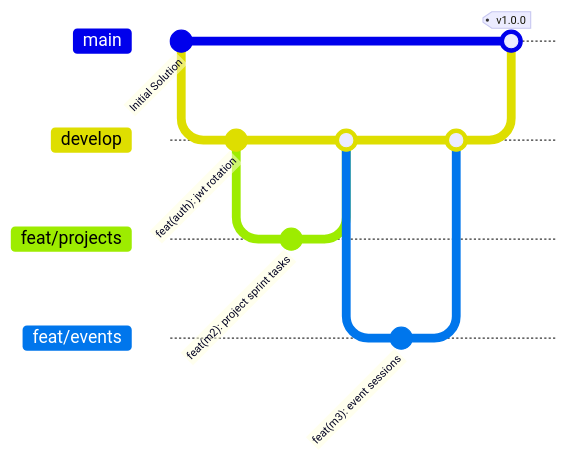
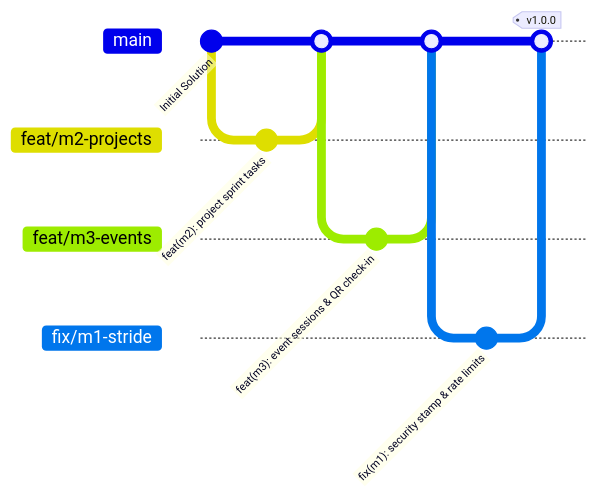
Before and after one commit to AhmedTyson/TeamUp: the diagram in wiki/Development Guidelines.md, drawn with Mermaid. The commit also changed other lines of this file and 34 other files, not shown here.

Commit message:
docs: refine README, wiki, ERD/mapping specs, API guides, and add LICENSE

````diff
--- a/wiki/Development Guidelines.md
+++ b/wiki/Development Guidelines.md
@@ -140,16 +146,16 @@
 ```mermaid
 gitGraph
     commit id: "Initial Solution"
-    branch develop
-    commit id: "feat(auth): jwt rotation"
-    branch feat/projects
+    branch feat/m2-projects
     commit id: "feat(m2): project sprint tasks"
-    checkout develop
-    merge feat/projects
-    branch feat/events
-    commit id: "feat(m3): event sessions"
-    checkout develop
-    merge feat/events
     checkout main
-    merge develop tag: "v1.0.0"
+    merge feat/m2-projects
+    branch feat/m3-events
+    commit id: "feat(m3): event sessions & QR check-in"
+    checkout main
+    merge feat/m3-events
+    branch fix/m1-stride
+    commit id: "fix(m1): security stamp & rate limits"
+    checkout main
+    merge fix/m1-stride tag: "v1.0.0"
 ```
````
